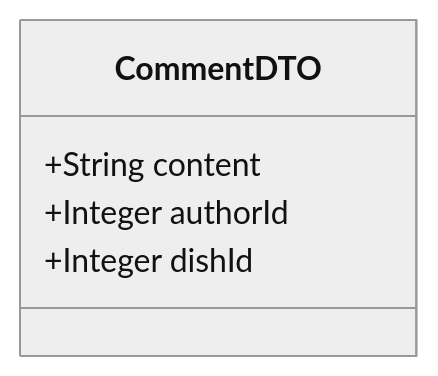
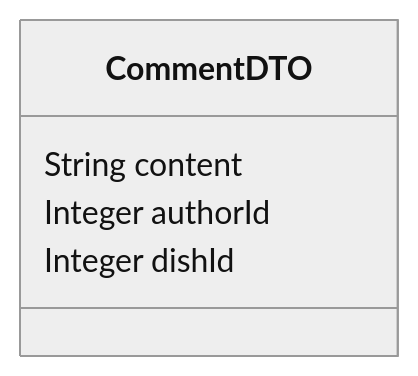
The third of 5 diagrams in Backend/README.md (GruboKrojone/SneakFit), drawn with Mermaid (neutral theme) before and after one commit. The commit also changed other lines of this file, not shown here.

````diff
--- a/Backend/README.md
+++ b/Backend/README.md
@@ -819,8 +819,8 @@
 ```mermaid
 classDiagram
     class CommentDTO {
-        +String content
-        +Integer authorId
-        +Integer dishId
+        String content
+        Integer authorId
+        Integer dishId
     }
 ```
````
